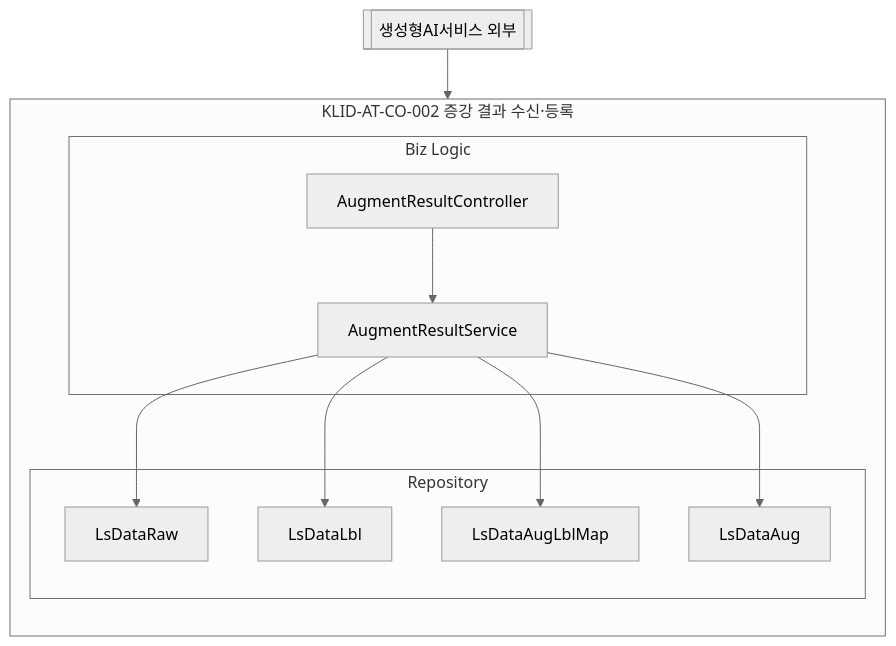
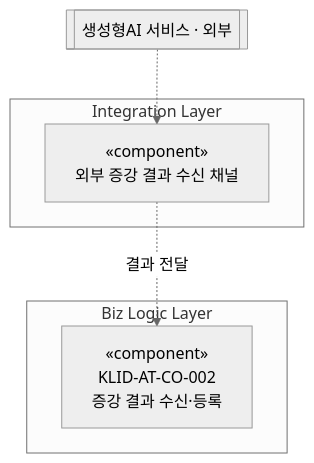
One commit to New-stella/klid-label changed the second of 18 diagrams in docs/design/D3-컴포넌트설계서.md. Above: the diagram before and after it, drawn with Mermaid (neutral theme). The commit also changed other lines of this file and 10 other files, not shown here.

````diff
--- a/docs/design/D3-컴포넌트설계서.md
+++ b/docs/design/D3-컴포넌트설계서.md
@@ -74,23 +63,12 @@
 ```mermaid
 flowchart TD
-    GENAI[[생성형AI서비스 외부]]
-    subgraph CO002[KLID-AT-CO-002 증강 결과 수신·등록]
-        direction TB
-        subgraph BIZ2[Biz Logic]
-            ARC[AugmentResultController]
-            ARS2[AugmentResultService]
-        end
-        subgraph REP2[Repository]
-            RAW[LsDataRaw]
-            LBL[LsDataLbl]
-            MAP[LsDataAugLblMap]
-            AUG2[LsDataAug]
-        end
-        ARC --> ARS2
-        ARS2 --> RAW
-        ARS2 --> LBL
-        ARS2 --> MAP
-        ARS2 --> AUG2
+    GENAI[[생성형AI 서비스 · 외부]]
+    subgraph INT2[Integration Layer]
+        EXTAUG2["«component»<br/>외부 증강 결과 수신 채널"]
     end
-    GENAI --> ARC
+    subgraph BIZ2[Biz Logic Layer]
+        CO002["«component»<br/>KLID-AT-CO-002<br/>증강 결과 수신·등록"]
+    end
+    GENAI -.-> EXTAUG2
+    EXTAUG2 -.결과 전달.-> CO002
 ```
````
